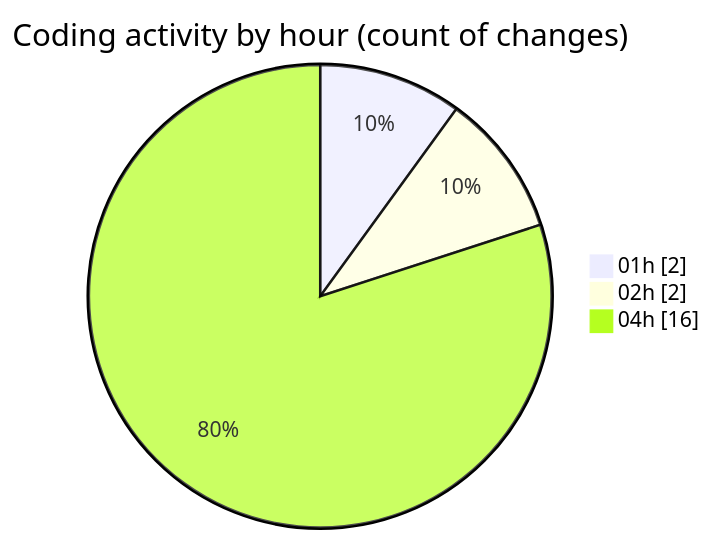
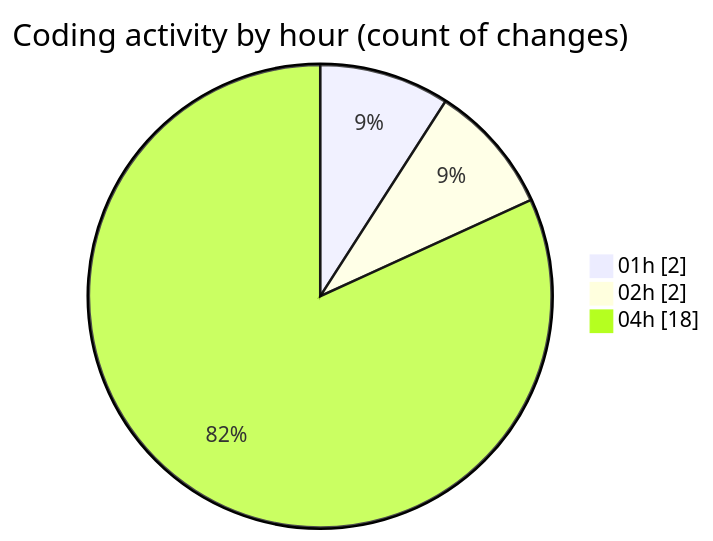
The second of 2 diagrams in 2026-02-05/singularitybrainai/README.md (tmsrecording-cyber/code-tracking), drawn with Mermaid before and after one commit. The commit also changed other lines of this file and 1 other file, not shown here.

````diff
--- a/2026-02-05/singularitybrainai/README.md
+++ b/2026-02-05/singularitybrainai/README.md
@@ -30,7 +30,7 @@
 ```mermaid
 pie showData
 title Coding activity by hour (count of changes)
 "01h" : 2
 "02h" : 2
-"04h" : 16
+"04h" : 18
 ```
````
